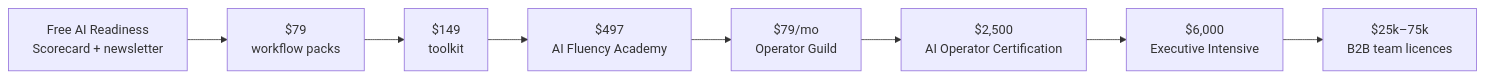
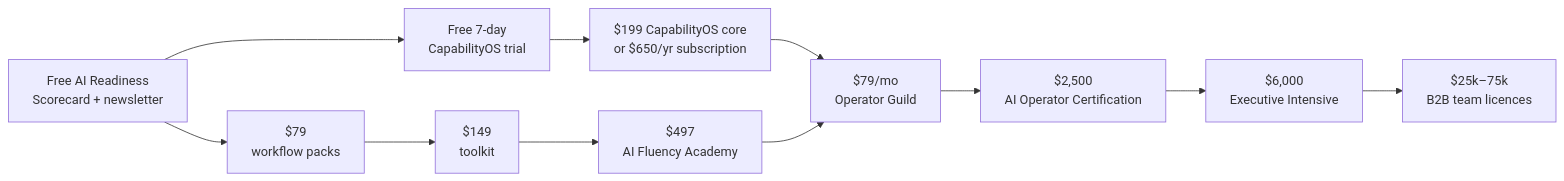
Before and after one commit to altafr/weekendaiplan: the diagram in business-model/offer-ladder.mdx, drawn with Mermaid. The commit also changed other lines of this file and 27 other files, not shown here.

````diff
--- a/business-model/offer-ladder.mdx
+++ b/business-model/offer-ladder.mdx
@@ -7,10 +7,13 @@
 ```mermaid
 flowchart LR
   A[Free AI Readiness<br/>Scorecard + newsletter] --> B[$79<br/>workflow packs]
+  A --> T[Free 7-day<br/>CapabilityOS trial]
   B --> C[$149<br/>toolkit]
+  T --> K[$199 CapabilityOS core<br/>or $650/yr subscription]
   C --> D[$497<br/>AI Fluency Academy]
+  K --> E
   D --> E[$79/mo<br/>Operator Guild]
   E --> F[$2,500<br/>AI Operator Certification]
   F --> G[$6,000<br/>Executive Intensive]
   G --> H[$25k–75k<br/>B2B team licences]
 ```
````
